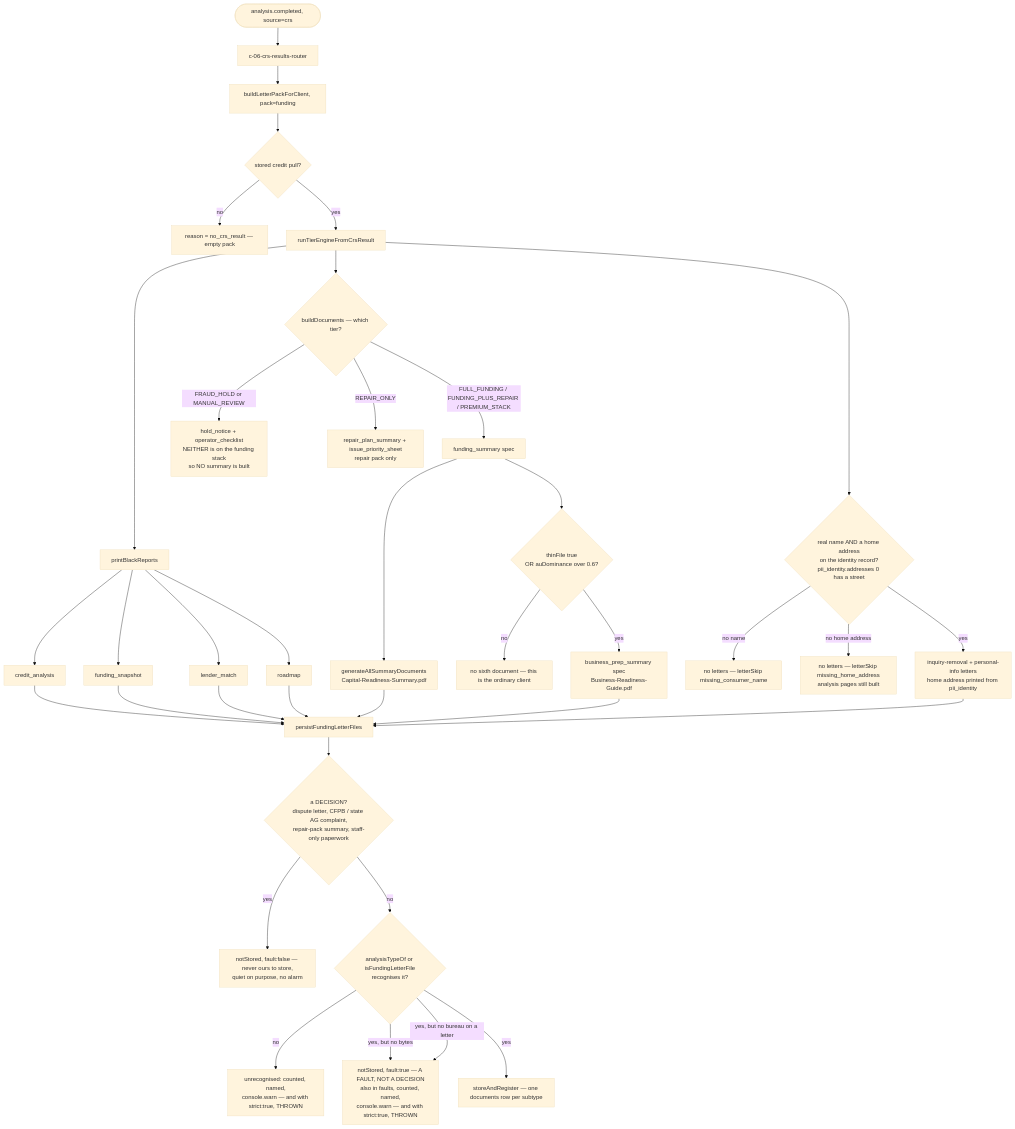
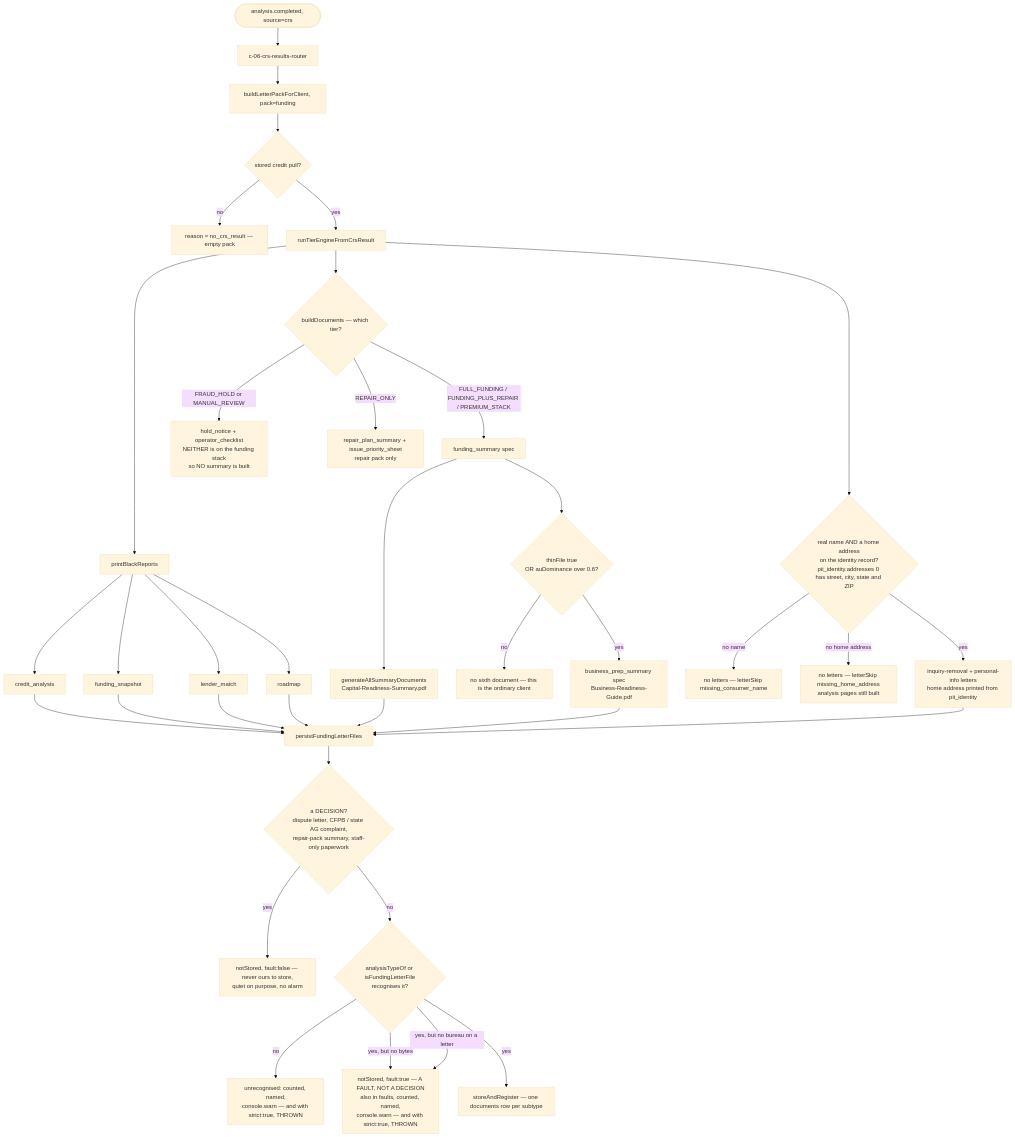
The first of 2 diagrams in docs/journeys/deliverables-actual.md (ZootimusMaximusSupreme/Fundhub_ai), drawn with Mermaid (base theme) before and after one commit. The commit also changed other lines of this file and 4 other files, not shown here.

First line of the commit message:
fix(N9): a home address is street, city, state and ZIP — a part-address builds no letter

````diff
--- a/docs/journeys/deliverables-actual.md
+++ b/docs/journeys/deliverables-actual.md
@@ -46,46 +47,46 @@
 ```mermaid
 flowchart TD
     EV([analysis.completed, source=crs]) --> C06[c-06-crs-results-router]
     C06 --> PACK[buildLetterPackForClient, pack=funding]
 
     PACK --> ENG{stored credit pull?}
     ENG -->|no| NOCRS[reason = no_crs_result — empty pack]
     ENG -->|yes| TIER[runTierEngineFromCrsResult]
 
     TIER --> PRINT[printBlackReports]
     PRINT --> P1[credit_analysis]
     PRINT --> P2[funding_snapshot]
     PRINT --> P3[lender_match]
     PRINT --> P4[roadmap]
 
     TIER --> BD{buildDocuments — which tier?}
     BD -->|FRAUD_HOLD or MANUAL_REVIEW| HOLD[hold_notice + operator_checklist<br/>NEITHER is on the funding stack<br/>so NO summary is built]
     BD -->|REPAIR_ONLY| REP[repair_plan_summary + issue_priority_sheet<br/>repair pack only]
     BD -->|FULL_FUNDING / FUNDING_PLUS_REPAIR / PREMIUM_STACK| FS[funding_summary spec]
     FS --> P5[generateAllSummaryDocuments<br/>Capital-Readiness-Summary.pdf]
 
     FS --> THIN{thinFile true<br/>OR auDominance over 0.6?}
     THIN -->|no| ONLY5[no sixth document — this is the ordinary client]
     THIN -->|yes| P6[business_prep_summary spec<br/>Business-Readiness-Guide.pdf]
 
-    TIER --> HOME{real name AND a home address<br/>on the identity record?<br/>pii_identity.addresses 0 has a street}
+    TIER --> HOME{real name AND a home address<br/>on the identity record?<br/>pii_identity.addresses 0 has street, city, state and ZIP}
     HOME -->|no name| NONAME[no letters — letterSkip missing_consumer_name]
     HOME -->|no home address| NOHOME[no letters — letterSkip missing_home_address<br/>analysis pages still built]
     HOME -->|yes| LET[inquiry-removal + personal-info letters<br/>home address printed from pii_identity]
     LET --> SAVE
 
     P1 --> SAVE[persistFundingLetterFiles]
     P2 --> SAVE
     P3 --> SAVE
     P4 --> SAVE
     P5 --> SAVE
     P6 --> SAVE
 
     SAVE --> EX{a DECISION?<br/>dispute letter, CFPB / state AG complaint,<br/>repair-pack summary, staff-only paperwork}
     EX -->|yes| NS[notStored, fault:false — never ours to store,<br/>quiet on purpose, no alarm]
     EX -->|no| AT{analysisTypeOf or isFundingLetterFile<br/>recognises it?}
     AT -->|no| UNK[unrecognised: counted, named,<br/>console.warn — and with strict:true, THROWN]
     AT -->|"yes, but no bytes"| FAULT[notStored, fault:true — A FAULT, NOT A DECISION<br/>also in faults, counted, named,<br/>console.warn — and with strict:true, THROWN]
     AT -->|"yes, but no bureau on a letter"| FAULT
     AT -->|yes| ROW[storeAndRegister — one documents row per subtype]
 ```
````
